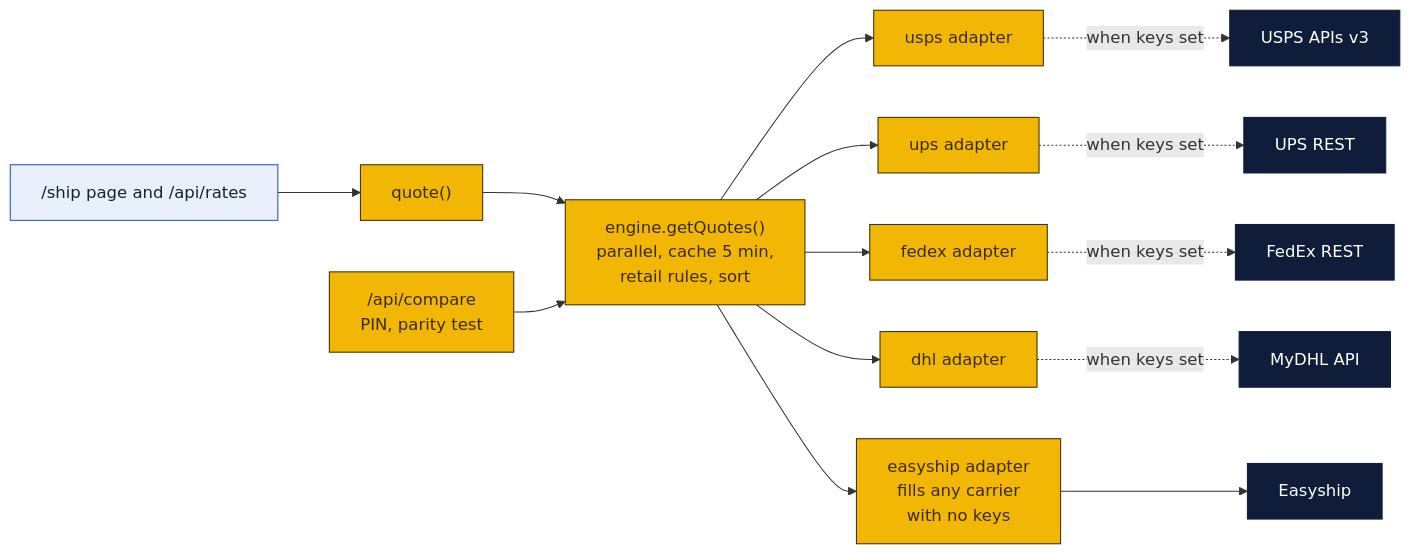
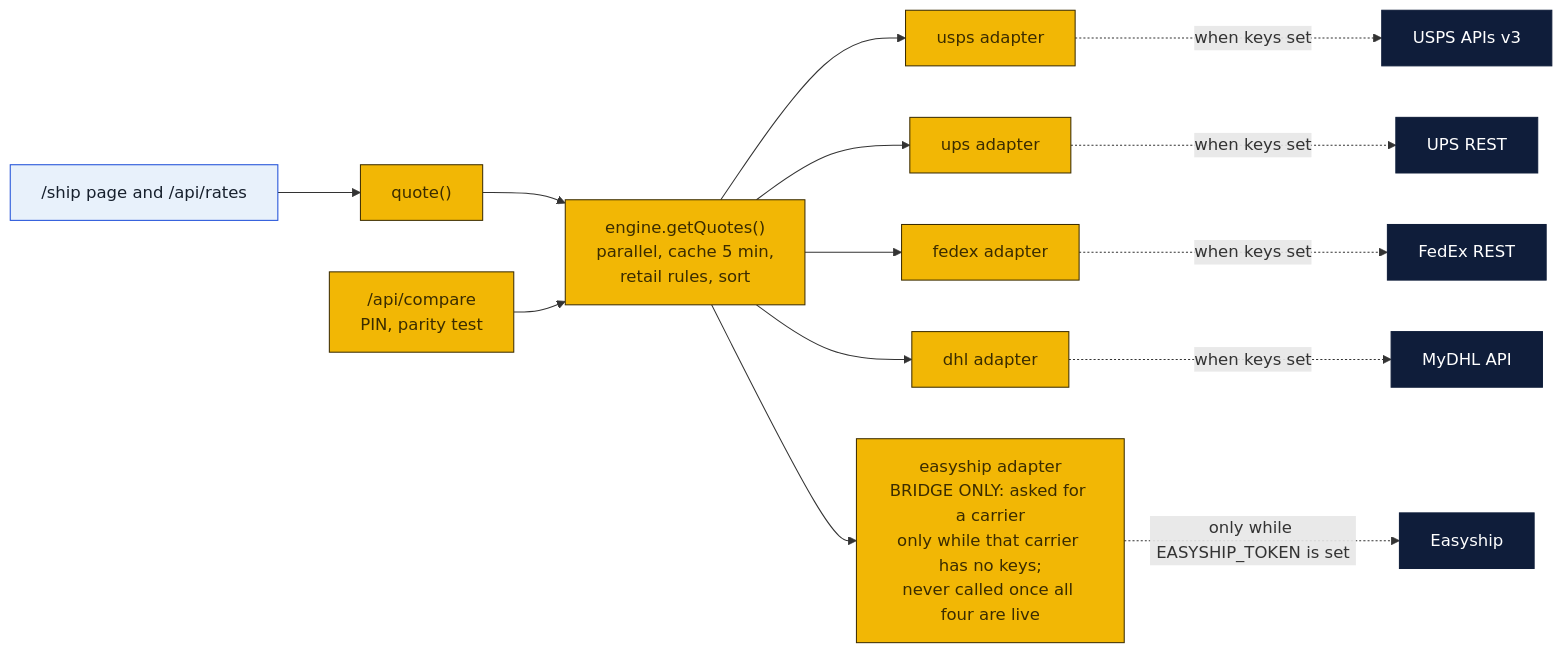
The second of 8 diagrams in shipping-client/README.md (wbp318/goin-postal-forsythe), drawn with Mermaid before and after one commit. The commit also changed other lines of this file and 36 other files, not shown here.

Commit message:
Easyship is a bridge, not a dependency: engine only asks it while its token is set; README explains; legend gains decision shapes

````diff
--- a/shipping-client/README.md
+++ b/shipping-client/README.md
@@ -37,19 +40,19 @@
 ```mermaid
 flowchart LR
   P["/ship page and /api/rates"]:::you --> Q["quote()"]:::local
   Q --> E["engine.getQuotes()<br/>parallel, cache 5 min,<br/>retail rules, sort"]:::local
   E --> U["usps adapter"]:::local
   E --> UP["ups adapter"]:::local
   E --> F["fedex adapter"]:::local
   E --> D["dhl adapter"]:::local
-  E --> ES["easyship adapter<br/>fills any carrier<br/>with no keys"]:::local
+  E --> ES["easyship adapter<br/>BRIDGE ONLY: asked for a carrier<br/>only while that carrier has no keys;<br/>never called once all four are live"]:::local
   U -.->|when keys set| UA["USPS APIs v3"]:::cloud
   UP -.->|when keys set| UPA["UPS REST"]:::cloud
   F -.->|when keys set| FA["FedEx REST"]:::cloud
   D -.->|when keys set| DA["MyDHL API"]:::cloud
-  ES --> ESA["Easyship"]:::cloud
+  ES -.->|"only while EASYSHIP_TOKEN is set"| ESA["Easyship"]:::cloud
   C["/api/compare<br/>PIN, parity test"]:::local --> E
   classDef local fill:#f2b705,stroke:#3b2c00,color:#3b2c00
   classDef cloud fill:#0f1d3a,stroke:#0f1d3a,color:#ffffff
   classDef you fill:#e8f1fb,stroke:#1d4ed8,color:#17202d
 ```
````
